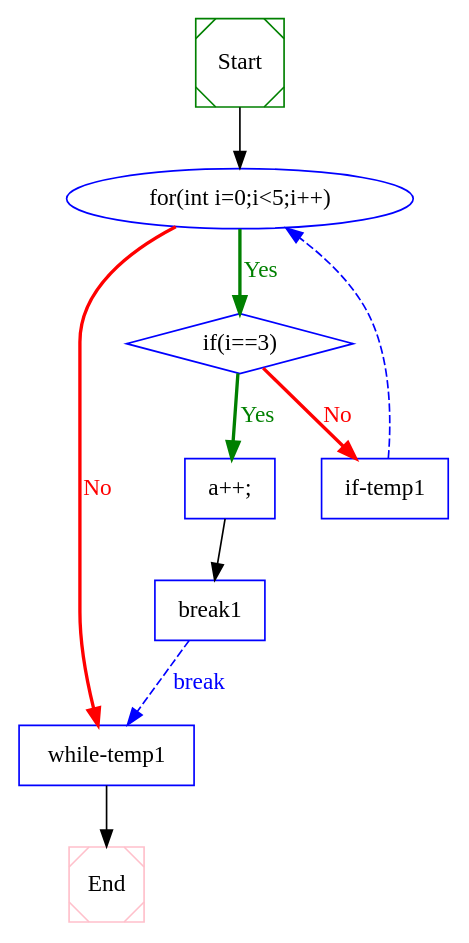
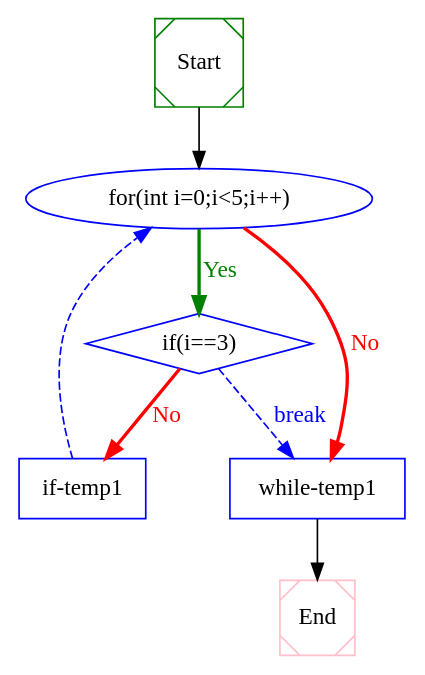
The diagram in out/test.dot (Naplues/Static-Analysis), drawn with Graphviz before and after one commit. The commit also changed 3 other files, not shown here.

```diff
--- a/out/test.dot
+++ b/out/test.dot
@@ -1,27 +1,21 @@
 digraph CFG {
  1  [shape = Msquare, color = green, label = "Start", ]
  2  [shape = ellipse, color = blue, label = "for(int i=0;i<5;i++)", ]
  3  [shape = diamond, color = blue, label = "if(i==3)", ]
- 4  [shape = box, color = blue, label = "a++;", ]
- 5  [shape = box, color = blue, label = "break1", ]
- 6  [shape = box, color = blue, label = "if-temp1", ]
- 7  [shape = box, color = blue, label = "while-temp1", ]
- 8  [shape = Msquare, color = pink, label = "End", ]
+ 4  [shape = box, color = blue, label = "if-temp1", ]
+ 5  [shape = box, color = blue, label = "while-temp1", ]
+ 6  [shape = Msquare, color = pink, label = "End", ]
  1  ->  2  [style = solid, label="", fillcolor = black, color = black, fontcolor = black]
 
- 2  ->  7  [style = bold, label="No", fillcolor = red, color = red, fontcolor = red]
+ 2  ->  5  [style = bold, label="No", fillcolor = red, color = red, fontcolor = red]
  2  ->  3  [style = bold, label="Yes", fillcolor = green, color = green, fontcolor = green]
 
- 3  ->  6  [style = bold, label="No", fillcolor = red, color = red, fontcolor = red]
- 3  ->  4  [style = bold, label="Yes", fillcolor = green, color = green, fontcolor = green]
+ 3  ->  5  [style = dashed, label="break", fillcolor = blue, color = blue, fontcolor = blue]
+ 3  ->  4  [style = bold, label="No", fillcolor = red, color = red, fontcolor = red]
 
- 4  ->  5  [style = solid, label="", fillcolor = black, color = black, fontcolor = black]
+ 4  ->  2  [style = dashed, label="", fillcolor = blue, color = blue, fontcolor = blue]
 
- 5  ->  7  [style = dashed, label="break", fillcolor = blue, color = blue, fontcolor = blue]
-
- 6  ->  2  [style = dashed, label="", fillcolor = blue, color = blue, fontcolor = blue]
-
- 7  ->  8  [style = solid, label="", fillcolor = black, color = black, fontcolor = black]
+ 5  ->  6  [style = solid, label="", fillcolor = black, color = black, fontcolor = black]
 
 
 }
```
